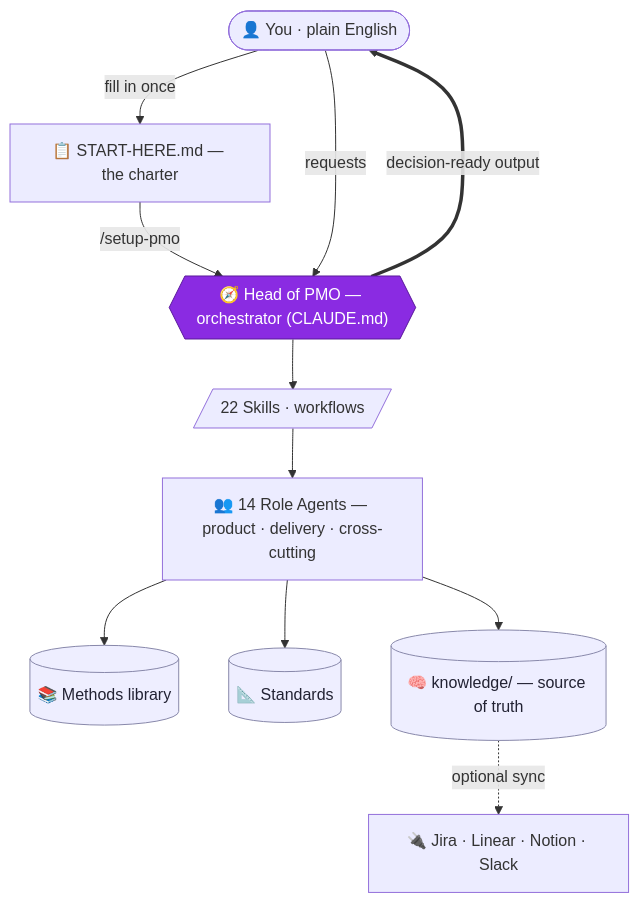
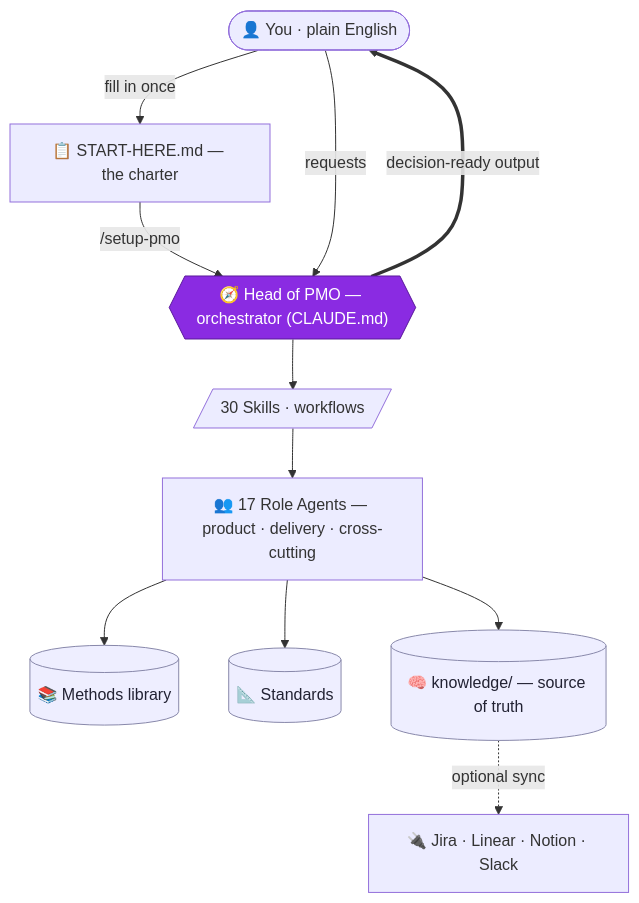
One commit to link7373/agentic-pmo changed the first of 2 diagrams in README.md. Above: the diagram before and after it, drawn with Mermaid. The commit also changed other lines of this file and 65 other files, not shown here.

````diff
--- a/README.md
+++ b/README.md
@@ -34,18 +34,18 @@
 ```mermaid
 flowchart TD
     A(["👤 You · plain English"]) -->|"fill in once"| B["📋 START-HERE.md — the charter"]
     B -->|"/setup-pmo"| M
     A -->|"requests"| M{{"🧭 Head of PMO — orchestrator (CLAUDE.md)"}}
-    M --> SK[/"22 Skills · workflows"/]
-    SK --> AG["👥 14 Role Agents — product · delivery · cross-cutting"]
+    M --> SK[/"30 Skills · workflows"/]
+    SK --> AG["👥 17 Role Agents — product · delivery · cross-cutting"]
     AG --> ME[("📚 Methods library")]
     AG --> ST[("📐 Standards")]
     AG --> KN[("🧠 knowledge/ — source of truth")]
     KN -. "optional sync" .-> TOOLS["🔌 Jira · Linear · Notion · Slack"]
     M ==>|"decision-ready output"| A
 
     classDef hub fill:#8A2BE2,stroke:#5a1a9a,color:#fff;
     classDef store fill:#eef,stroke:#88a,color:#223;
     class M hub;
     class ME,ST,KN store;
 ```
````
